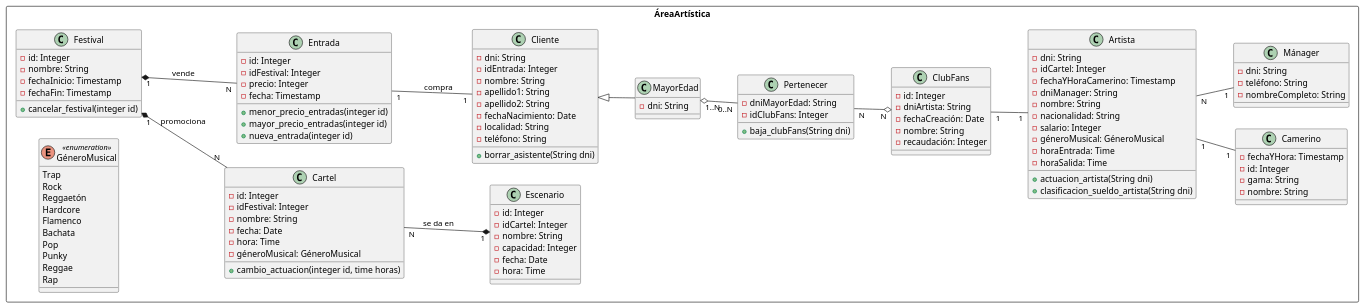
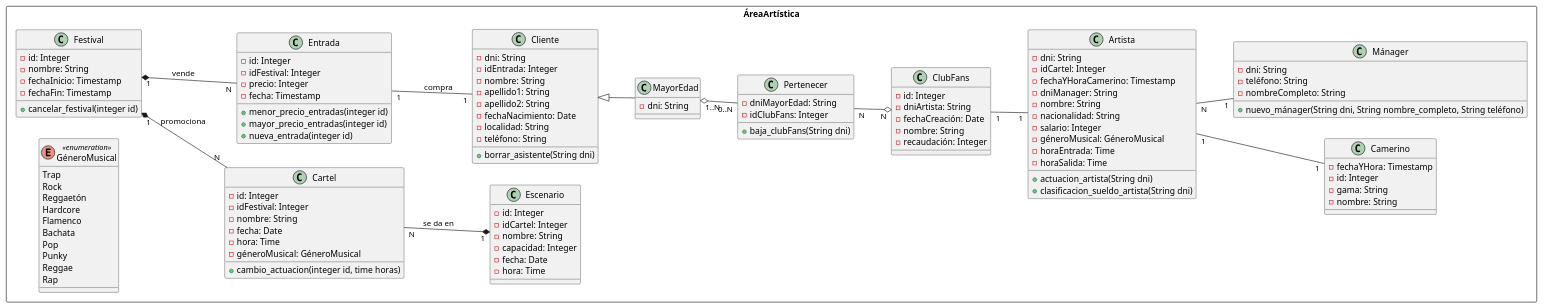
Before and after one commit to jmm-1999/QuevedoFest: the diagram in PUML/AreaArtistica.puml, drawn with PlantUML. The commit also changed 2 other files, not shown here.

```diff
--- a/PUML/AreaArtistica.puml
+++ b/PUML/AreaArtistica.puml
@@ -1,126 +1,127 @@
 @startuml
 'https://plantuml.com/sequence-diagram
 
 left to right direction
 
 rectangle ÁreaArtística {
     class Festival {
         - id: Integer
         - nombre: String
         - fechaInicio: Timestamp
         - fechaFin: Timestamp
         +cancelar_festival(integer id)
     }
 
     class Cartel {
         -id: Integer
         -idFestival: Integer
         -nombre: String
         -fecha: Date
         -hora: Time
         -géneroMusical: GéneroMusical
         +cambio_actuacion(integer id, time horas)
     }
 
     class Escenario {
         -id: Integer
         -idCartel: Integer
         -nombre: String
         -capacidad: Integer
         -fecha: Date
         -hora: Time
     }
 
     class Entrada {
         -id: Integer
         -idFestival: Integer
         -precio: Integer
         -fecha: Timestamp
         +menor_precio_entradas(integer id)
         +mayor_precio_entradas(integer id)
         +nueva_entrada(integer id)
     }
 
     class Cliente {
         -dni: String
         -idEntrada: Integer
         -nombre: String
         -apellido1: String
         -apellido2: String
         -fechaNacimiento: Date
         -localidad: String
         -teléfono: String
         +borrar_asistente(String dni)
     }
 
     class MayorEdad {
         -dni: String
     }
 
     class Pertenecer {
         -dniMayorEdad: String
         -idClubFans: Integer
         +baja_clubFans(String dni)
     }
 
     class ClubFans {
         -id: Integer
         -dniArtista: String
         -fechaCreación: Date
         -nombre: String
         -recaudación: Integer
     }
 
     class Artista {
         -dni: String
         -idCartel: Integer
         -fechaYHoraCamerino: Timestamp
         -dniManager: String
         -nombre: String
         -nacionalidad: String
         -salario: Integer
         -géneroMusical: GéneroMusical
         -horaEntrada: Time
         -horaSalida: Time
         +actuacion_artista(String dni)
         +clasificacion_sueldo_artista(String dni)
     }
 
     class Camerino {
         -fechaYHora: Timestamp
         -id: Integer
         -gama: String
         -nombre: String
     }
 
     class Mánager {
         -dni: String
         -teléfono: String
         -nombreCompleto: String
+        +nuevo_mánager(String dni, String nombre_completo, String teléfono)
     }
 
     enum GéneroMusical <<enumeration>> {
         Trap
         Rock
         Reggaetón
         Hardcore
         Flamenco
         Bachata
         Pop
         Punky
         Reggae
         Rap
     }
 
     Festival "1" *-- "N" Cartel: promociona
     Cartel "N" --* "1" Escenario: se da en
     Festival "1" *-- "N" Entrada: vende
     Entrada "1" -- "1" Cliente: compra
     Cliente <|-- MayorEdad
     MayorEdad "1..N" o-- "0..N" Pertenecer
     Pertenecer "N" --o "N" ClubFans
     ClubFans "1" -- "1" Artista
     Artista "1" -- "1" Camerino
     Artista "N" -- "1" Mánager
 }
 @enduml
```
